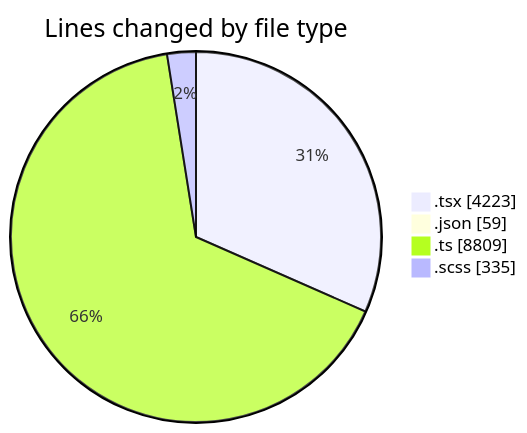
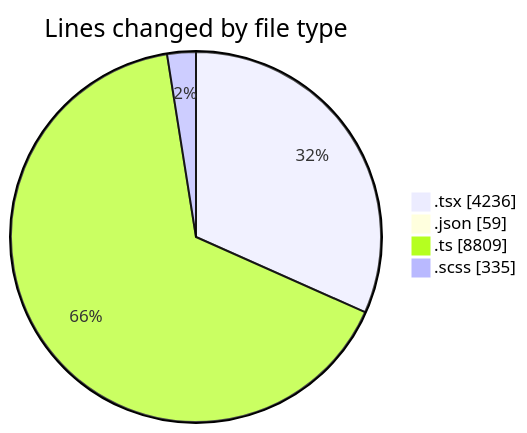
The first of 2 diagrams in 2025-11-24/cda/README.md (momahboobian/code-tracking), drawn with Mermaid before and after one commit. The commit also changed other lines of this file and 1 other file, not shown here.

````diff
--- a/2025-11-24/cda/README.md
+++ b/2025-11-24/cda/README.md
@@ -35,8 +35,8 @@
 ```mermaid
 pie showData
 title Lines changed by file type
-".tsx" : 4223
+".tsx" : 4236
 ".json" : 59
 ".ts" : 8809
 ".scss" : 335
 ```
````
